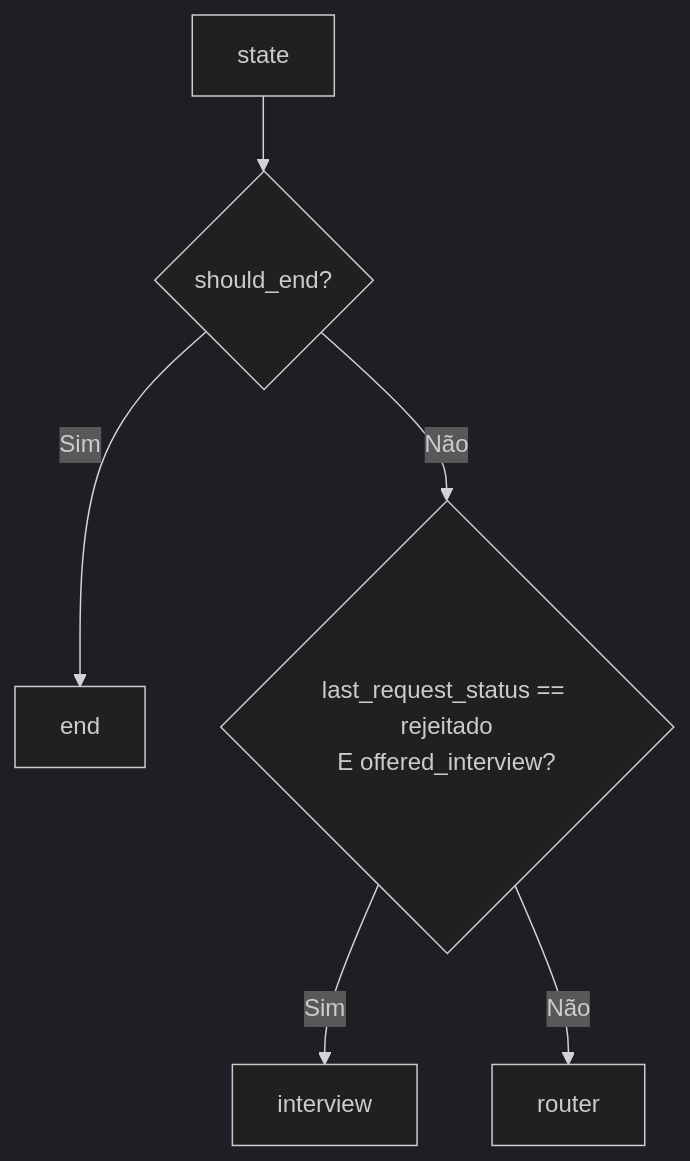
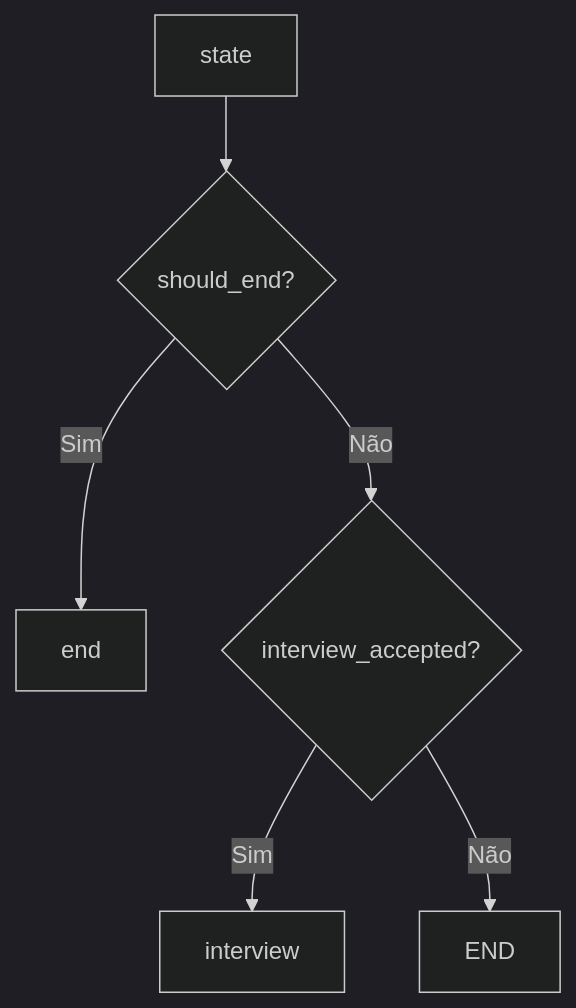
One commit to holdenoffmenn/desafio-t4h changed the fifth of 10 diagrams in docs/fluxogramas/parte-2-orquestracao.md. Above: the diagram before and after it, drawn with Mermaid (dark theme). The commit also changed other lines of this file and 1 other file, not shown here.

First line of the commit message:
docs: mark Part 2 flowcharts validated and update README progress

````diff
--- a/docs/fluxogramas/parte-2-orquestracao.md
+++ b/docs/fluxogramas/parte-2-orquestracao.md
@@ -81,8 +87,8 @@
 ```mermaid
 flowchart TD
     A[state] --> E{should_end?}
     E -- Sim --> N[end]
-    E -- Não --> J{last_request_status == rejeitado<br/>E offered_interview?}
+    E -- Não --> J{interview_accepted?}
     J -- Sim --> V[interview]
-    J -- Não --> R[router]
+    J -- Não --> W[END]
 ```
````
